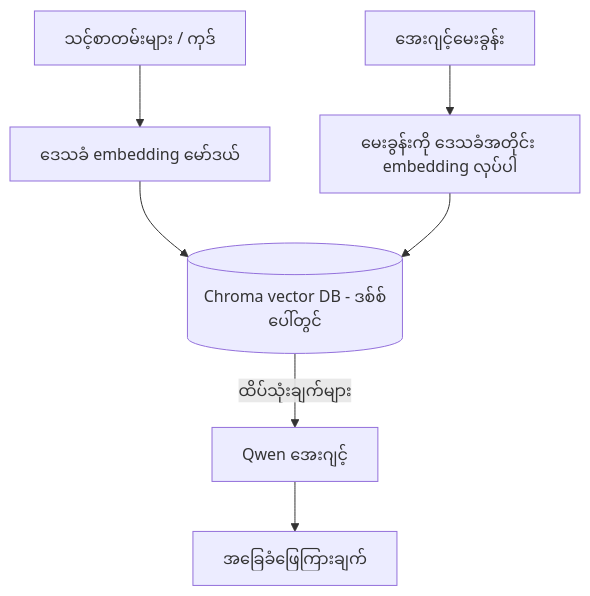
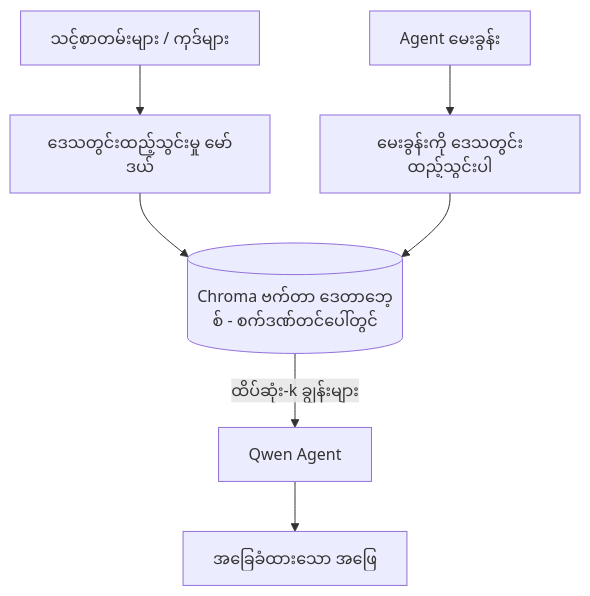
Before and after one commit to microsoft/ai-agents-for-beginners: the third of 4 diagrams in translations/my/17-creating-local-ai-agents/README.md, drawn with Mermaid. The commit also changed other lines of this file and 45 other files, not shown here.

````diff
--- a/translations/my/17-creating-local-ai-agents/README.md
+++ b/translations/my/17-creating-local-ai-agents/README.md
@@ -125,9 +125,9 @@
 ```mermaid
 flowchart TB
-    D[သင့်စာတမ်းများ / ကုဒ်] --> E[ဒေသခံ embedding မော်ဒယ်]
-    E --> V[(Chroma vector DB - ဒစ်စ်ပေါ်တွင်)]
-    Q[အေးဂျင့်မေးခွန်း] --> QE[မေးခွန်းကို ဒေသခံအတိုင်း embedding လုပ်ပါ]
+    D[သင့်စာတမ်းများ / ကုဒ်များ] --> E[ဒေသတွင်းထည့်သွင်းမှု မော်ဒယ်]
+    E --> V[(Chroma ဗက်တာ ဒေတာဘေ့စ် - စက်ဒဏ်တင်ပေါ်တွင်)]
+    Q[Agent မေးခွန်း] --> QE[မေးခွန်းကို ဒေသတွင်းထည့်သွင်းပါ]
     QE --> V
-    V -->|ထိပ်သုံးချက်များ| A[Qwen အေးဂျင့်]
-    A --> Ans[အခြေခံဖြေကြားချက်]
+    V -->|ထိပ်ဆုံး-k ချွန်းများ| A[Qwen Agent]
+    A --> Ans[အခြေခံထားသော အဖြေ]
 ```
````
